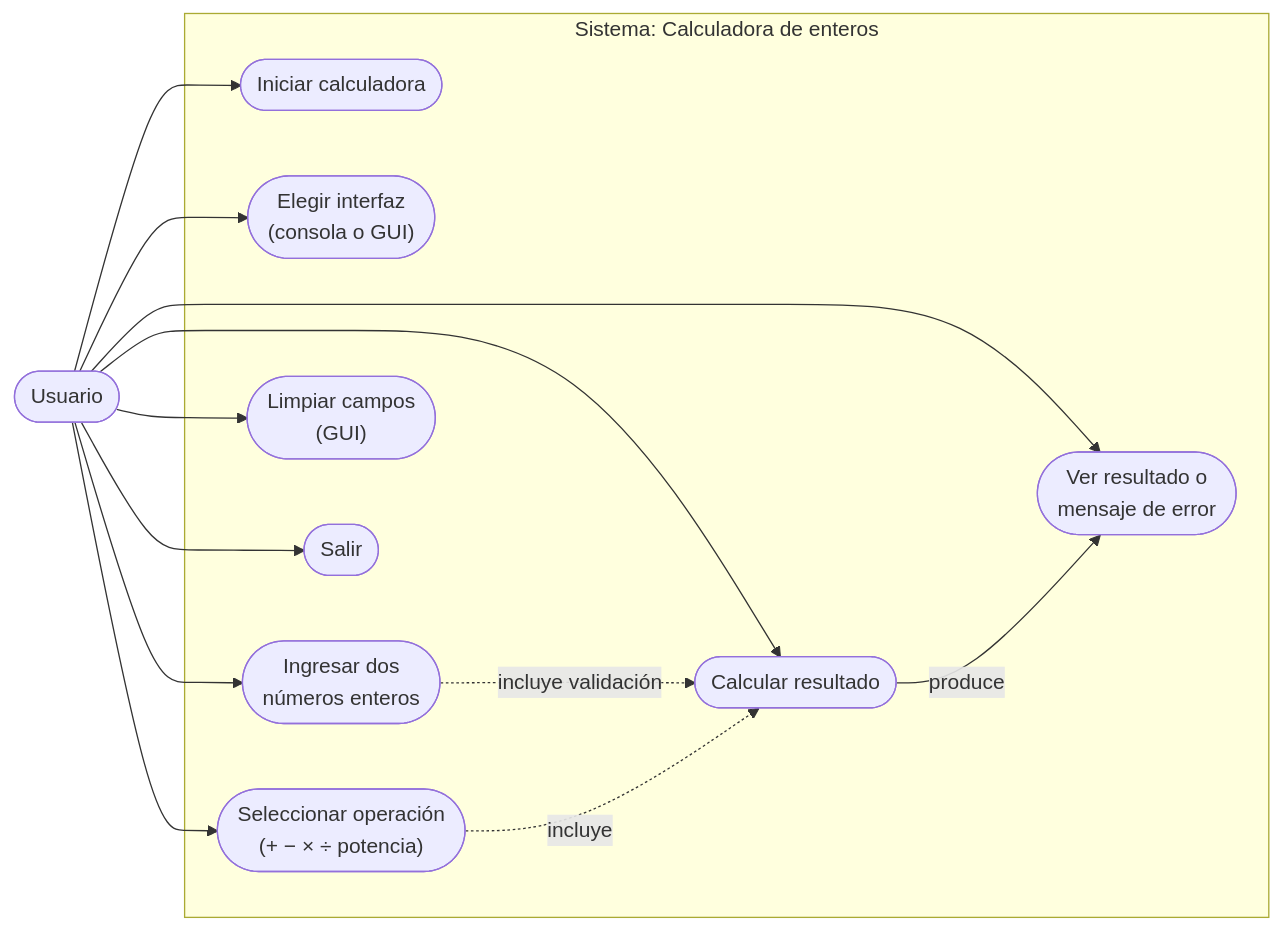
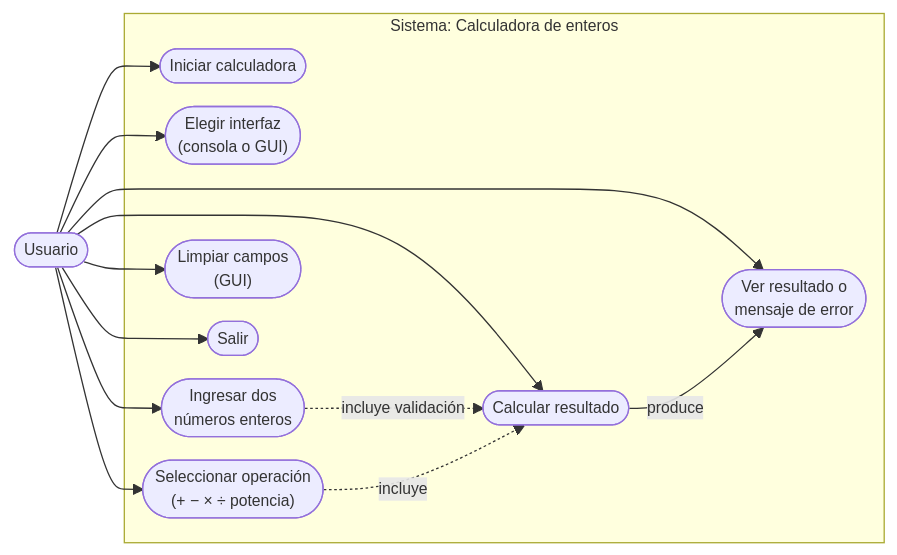
The second of 4 diagrams in README.md (ssantivr/TRABAJO-DE-CALIDAD-DE-SOFTWARE), drawn with Mermaid before and after one commit. The commit also changed other lines of this file, not shown here.

First line of the commit message:
docs: aplicar letra y separación menores a los diagramas UML del README

````diff
--- a/README.md
+++ b/README.md
@@ -205,25 +205,26 @@
 ```mermaid
+%%{init: {"themeVariables": {"fontSize": "12px"}, "flowchart": {"nodeSpacing": 18, "rankSpacing": 28, "padding": 8}}}%%
 flowchart LR
     U([Usuario])
     subgraph S["Sistema: Calculadora de enteros"]
         CU1(["Iniciar calculadora"])
         CU2(["Elegir interfaz<br>(consola o GUI)"])
         CU3(["Ingresar dos<br>números enteros"])
         CU4(["Seleccionar operación<br>(+ − × ÷ potencia)"])
         CU5(["Limpiar campos<br>(GUI)"])
         CU6(["Salir"])
         CU7(["Calcular resultado"])
         CU8(["Ver resultado o<br>mensaje de error"])
     end
     U --> CU1
     U --> CU2
     U --> CU3
     U --> CU4
     U --> CU5
     U --> CU6
     U --> CU7
     U --> CU8
     CU3 -. incluye validación .-> CU7
     CU4 -. incluye .-> CU7
     CU7 -- produce --> CU8
 ```
````
